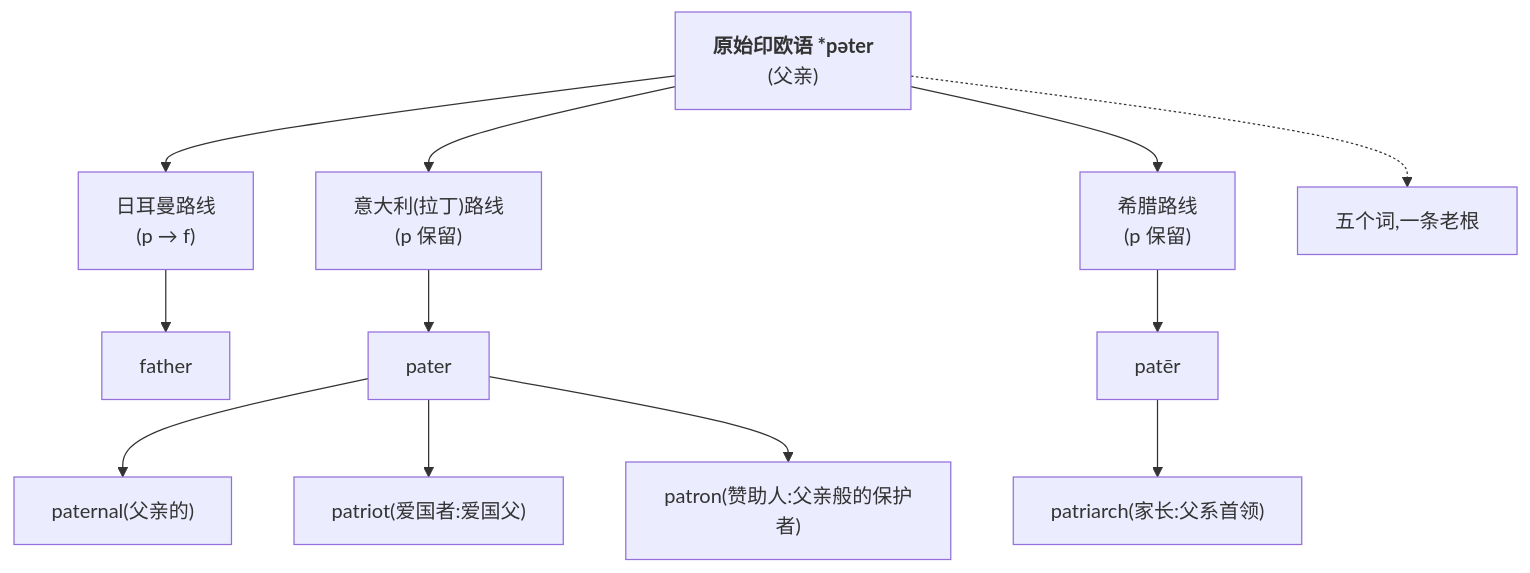
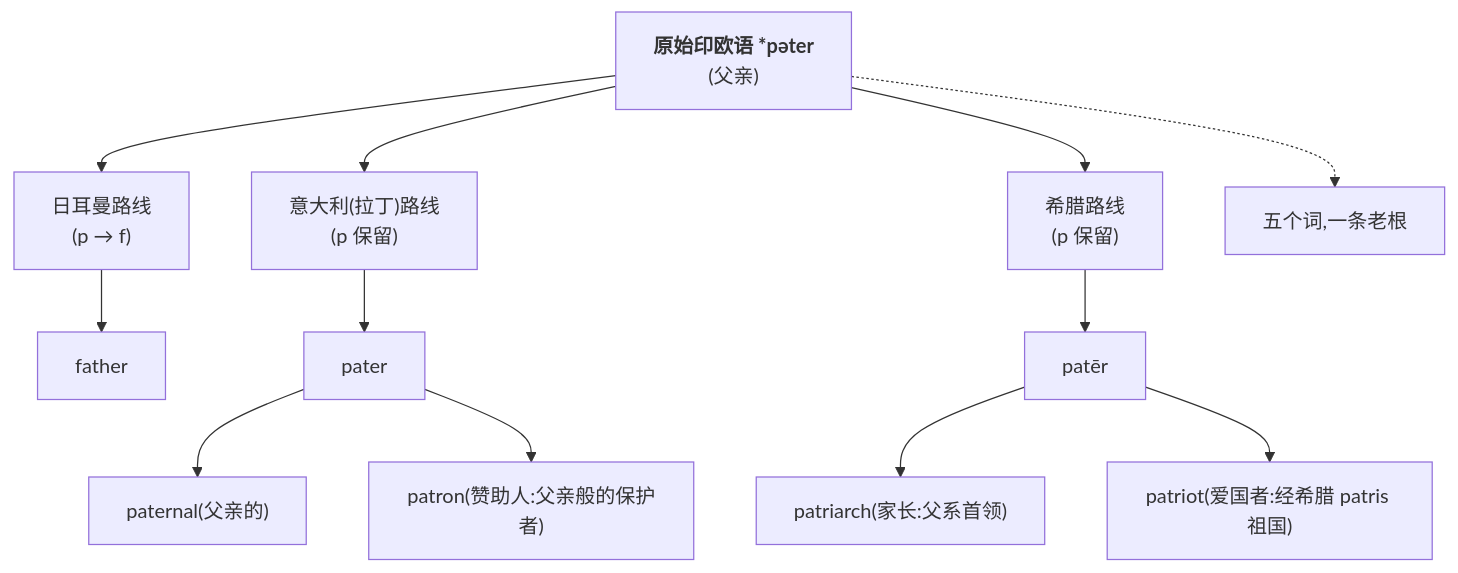
One commit to swiftczz/roots-affixes-book changed the fourth of 4 diagrams in 01-阅读准备/第01章-印欧语系.md. Above: the diagram before and after it, drawn with Mermaid. The commit also changed 14 other files, not shown here.

First line of the commit message:
fix: 全书二轮审阅修正——词源准确性、关系图箭头、历史叙述限定

````diff
--- a/01-阅读准备/第01章-印欧语系.md
+++ b/01-阅读准备/第01章-印欧语系.md
@@ -238,15 +238,15 @@
 ```mermaid
 flowchart TD
     R["<b>原始印欧语 *pəter</b><br/>(父亲)"]
     R --> G["日耳曼路线<br/>(p → f)"]
     R --> L["意大利(拉丁)路线<br/>(p 保留)"]
     R --> K["希腊路线<br/>(p 保留)"]
     G --> F["father"]
     L --> P["pater"]
     P --> PA["paternal(父亲的)"]
-    P --> PT["patriot(爱国者:爱国父)"]
     P --> PR["patron(赞助人:父亲般的保护者)"]
     K --> PG["patēr"]
     PG --> PH["patriarch(家长:父系首领)"]
+    PG --> PT["patriot(爱国者:经希腊 patris 祖国)"]
     R -.-> OUT["五个词,一条老根"]
 ```
````
